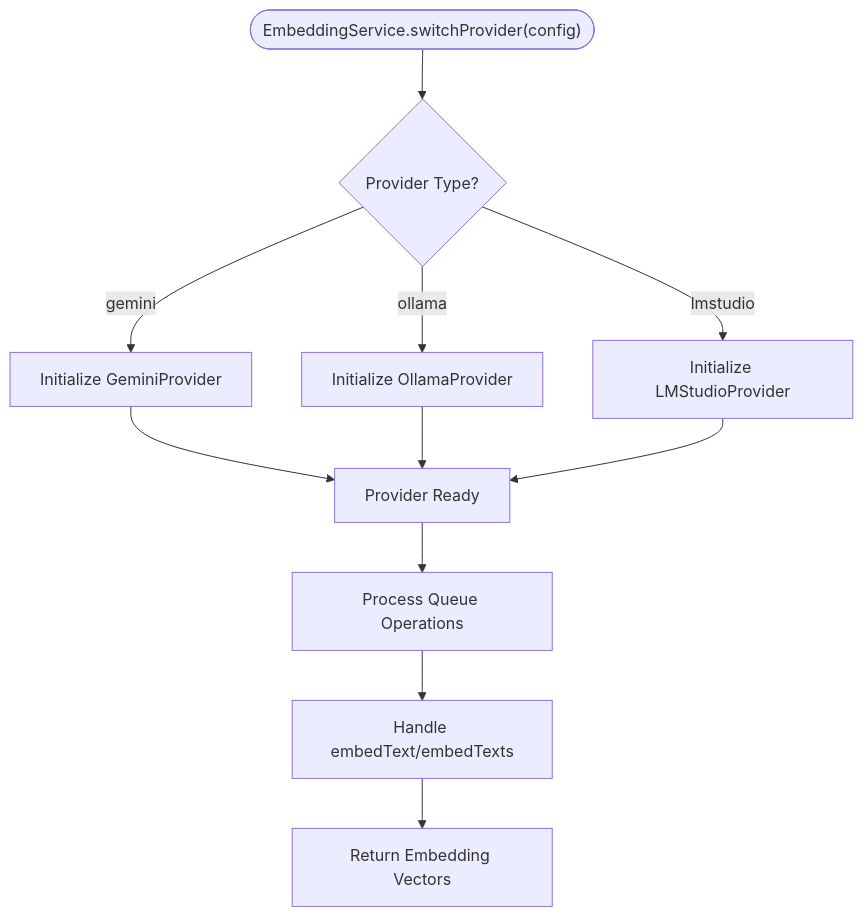
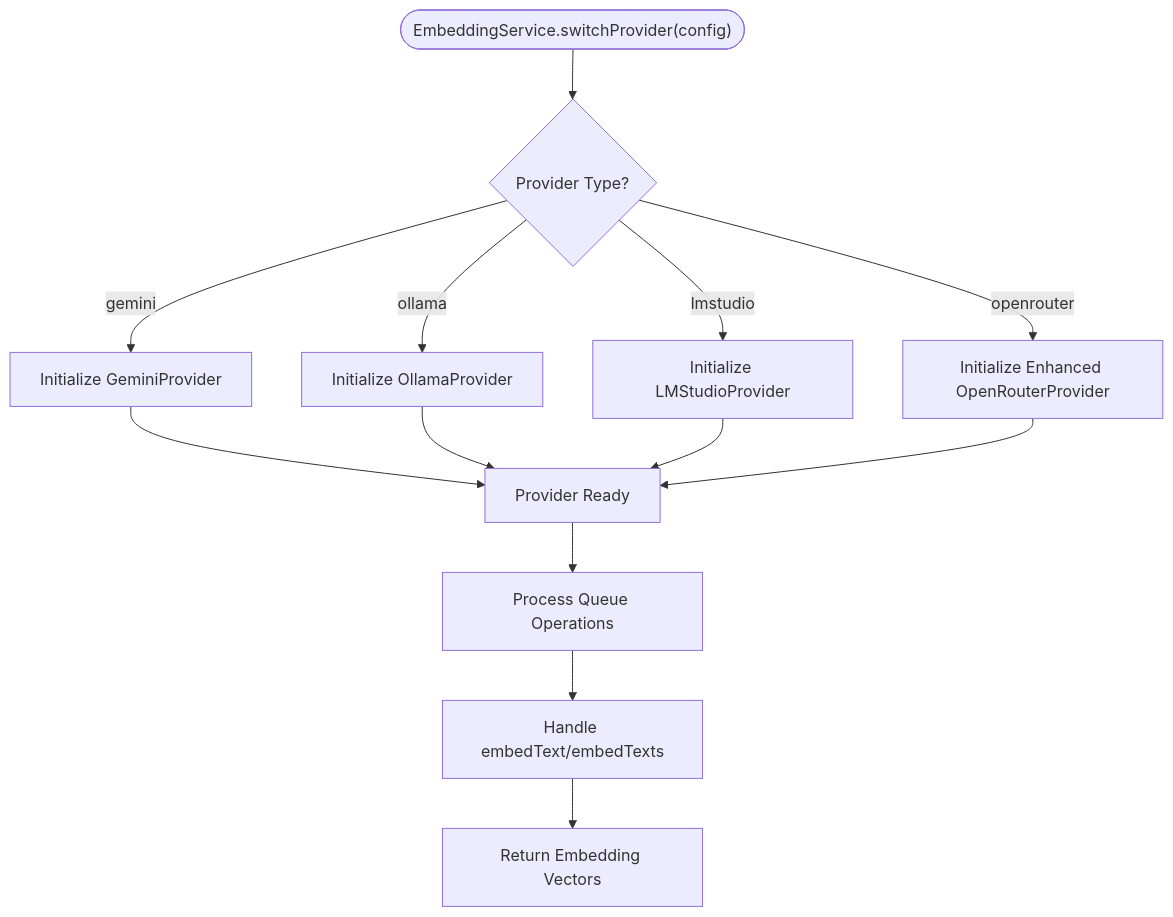
One commit to bramburn/repomix-runner changed the tenth of 11 diagrams in .qoder/repowiki/en/content/Storage System/Provider Patterns and Integration.md. Above: the diagram before and after it, drawn with Mermaid. The commit also changed other lines of this file and 14 other files, not shown here.

````diff
--- a/.qoder/repowiki/en/content/Storage System/Provider Patterns and Integration.md
+++ b/.qoder/repowiki/en/content/Storage System/Provider Patterns and Integration.md
@@ -490,13 +546,15 @@
 ```mermaid
 flowchart TD
 Start(["EmbeddingService.switchProvider(config)"]) --> Check{"Provider Type?"}
 Check --> |gemini| InitGem["Initialize GeminiProvider"]
 Check --> |ollama| InitOll["Initialize OllamaProvider"]
 Check --> |lmstudio| InitLMS["Initialize LMStudioProvider"]
+Check --> |openrouter| InitOR["Initialize Enhanced OpenRouterProvider"]
 InitGem --> Ready["Provider Ready"]
 InitOll --> Ready
 InitLMS --> Ready
+InitOR --> Ready
 Ready --> Queue["Process Queue Operations"]
 Queue --> Embed["Handle embedText/embedTexts"]
 Embed --> Result["Return Embedding Vectors"]
 ```
````
